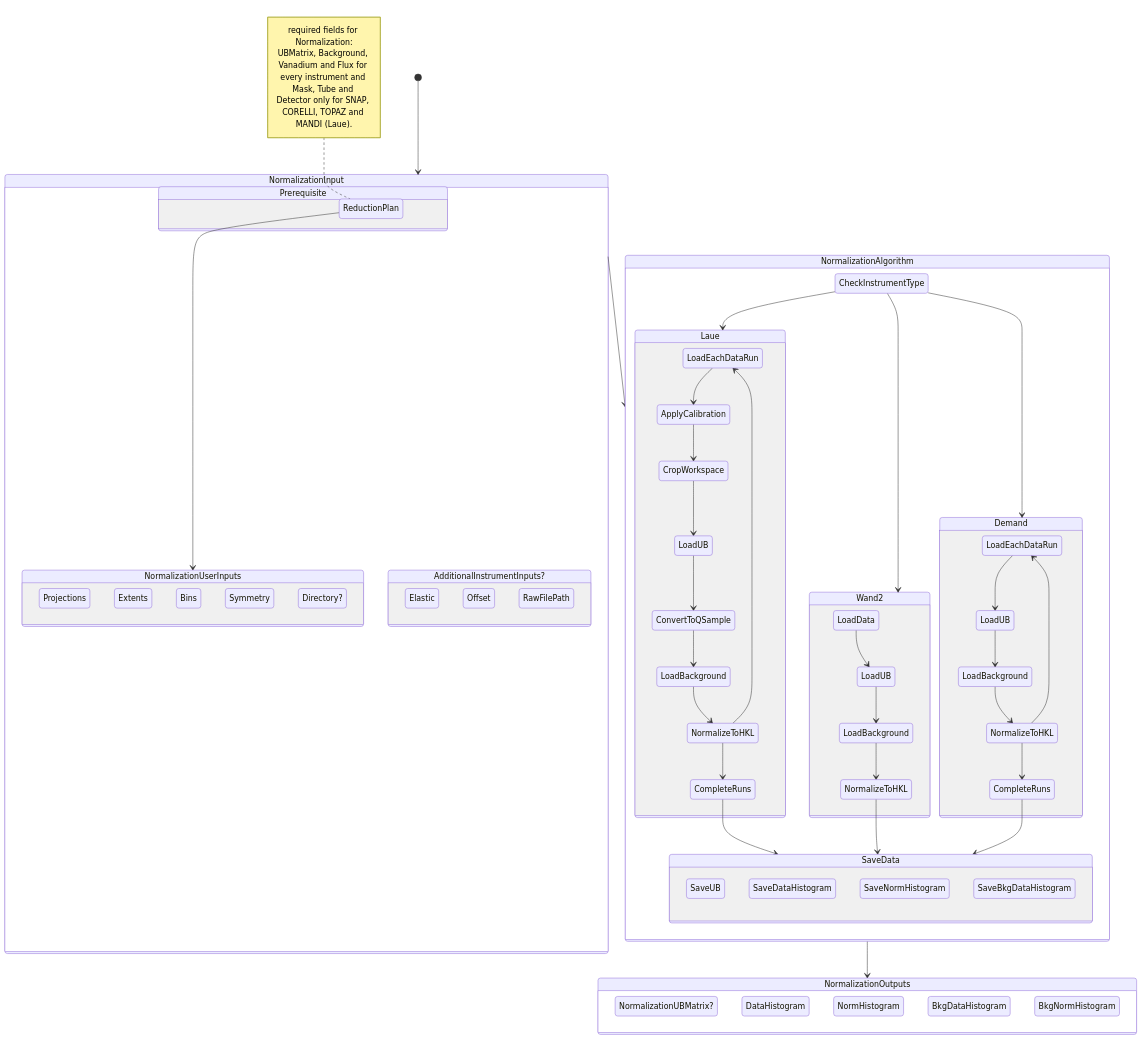
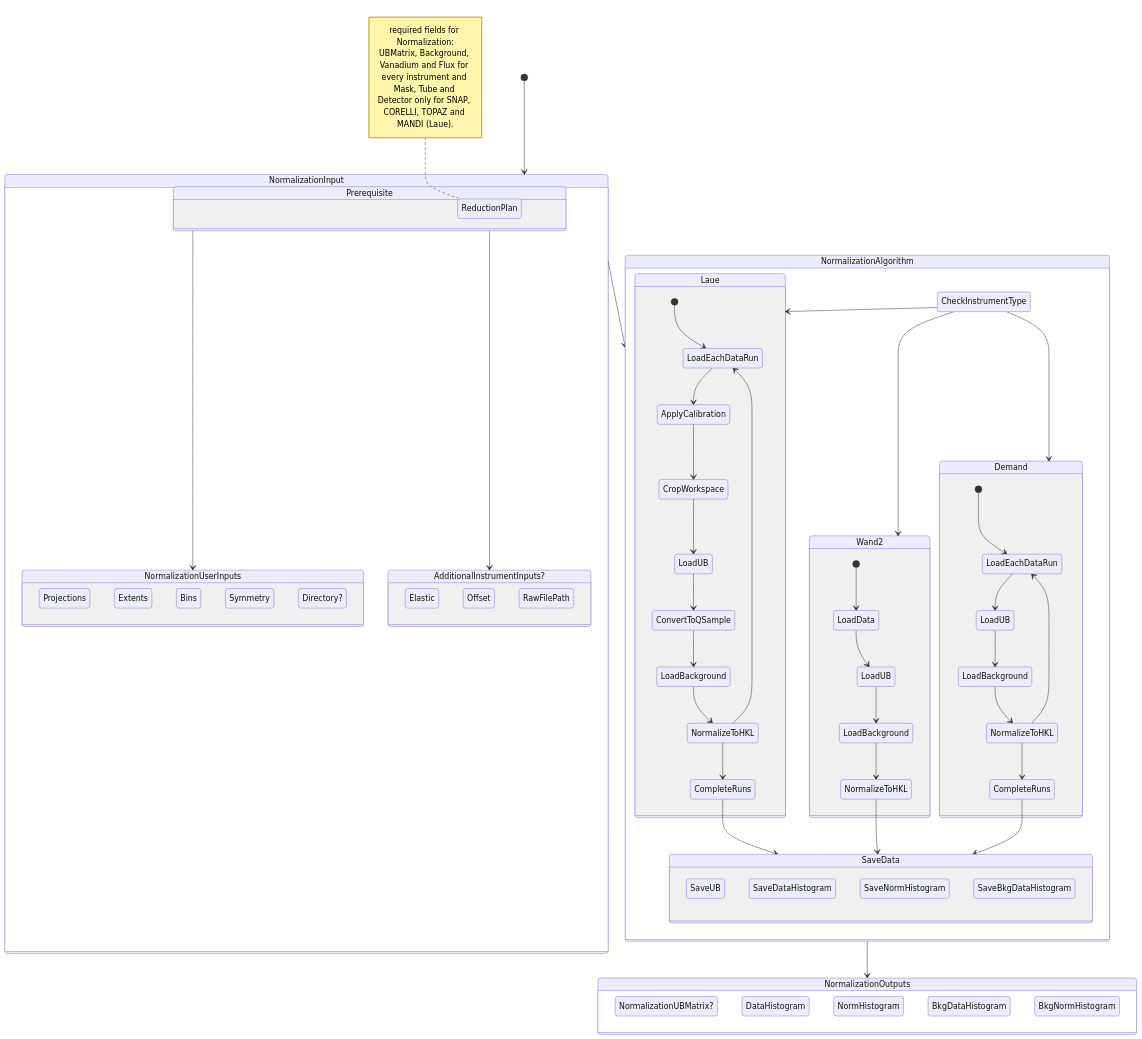
The diagram in docs/source/design/normalization_algo.rst (neutrons/garnet), drawn with Mermaid before and after one commit.

Commit message:
normalization diagram format

```diff
--- a/docs/source/design/normalization_algo.rst
+++ b/docs/source/design/normalization_algo.rst
@@ -11,18 +11,18 @@
         NormalizationInput --> NormalizationAlgorithm
         %%SaveData-->NormalizationOutputs
         NormalizationAlgorithm-->NormalizationOutputs
-        ReductionPlan-->NormalizationUserInputs
 
         state NormalizationInput{
+            Prerequisite-->NormalizationUserInputs
+            Prerequisite-->AdditionalInstrumentInputs?
             state Prerequisite {
                 ReductionPlan
-            
                 note left of ReductionPlan
                     required fields for Normalization:
                     UBMatrix, Background, Vanadium and Flux for every instrument and 
                     Mask, Tube and Detector only for SNAP, CORELLI, TOPAZ and MANDI (Laue).
-                end note
-            }
+                end note            
+            }  
             state NormalizationUserInputs {
                 Projections 
                 Extents
@@ -30,13 +30,13 @@
                 Symmetry
                 Directory?                       
             }
-
             state AdditionalInstrumentInputs?{
                 Elastic
                 Offset
                 RawFilePath
             }
         }
+        
         state NormalizationAlgorithm {
             
             CheckInstrumentType-->Laue
@@ -54,7 +54,7 @@
                 l_hkl:NormalizeToHKL
                 l_compl:CompleteRuns
 
-                %%CheckInstrumentType --> l_load
+                [*] --> l_load
                 l_load --> l_apply
                 l_apply-->l_crop
                 l_crop-->l_ub
@@ -71,7 +71,7 @@
                 w_background:LoadBackground
                 w_hkl:NormalizeToHKL    
 
-                %%CheckInstrumentType-->LoadData
+                [*]-->LoadData
                 LoadData-->w_ub
                 w_ub-->w_background
                 w_background-->w_hkl
@@ -85,7 +85,7 @@
                 d_hkl:NormalizeToHKL  
                 d_compl:CompleteRuns
                 
-                %%CheckInstrumentType-->d_load
+                [*]-->d_load
                 d_load-->d_ub
                 d_ub-->d_background
                 d_background-->d_hkl
```
